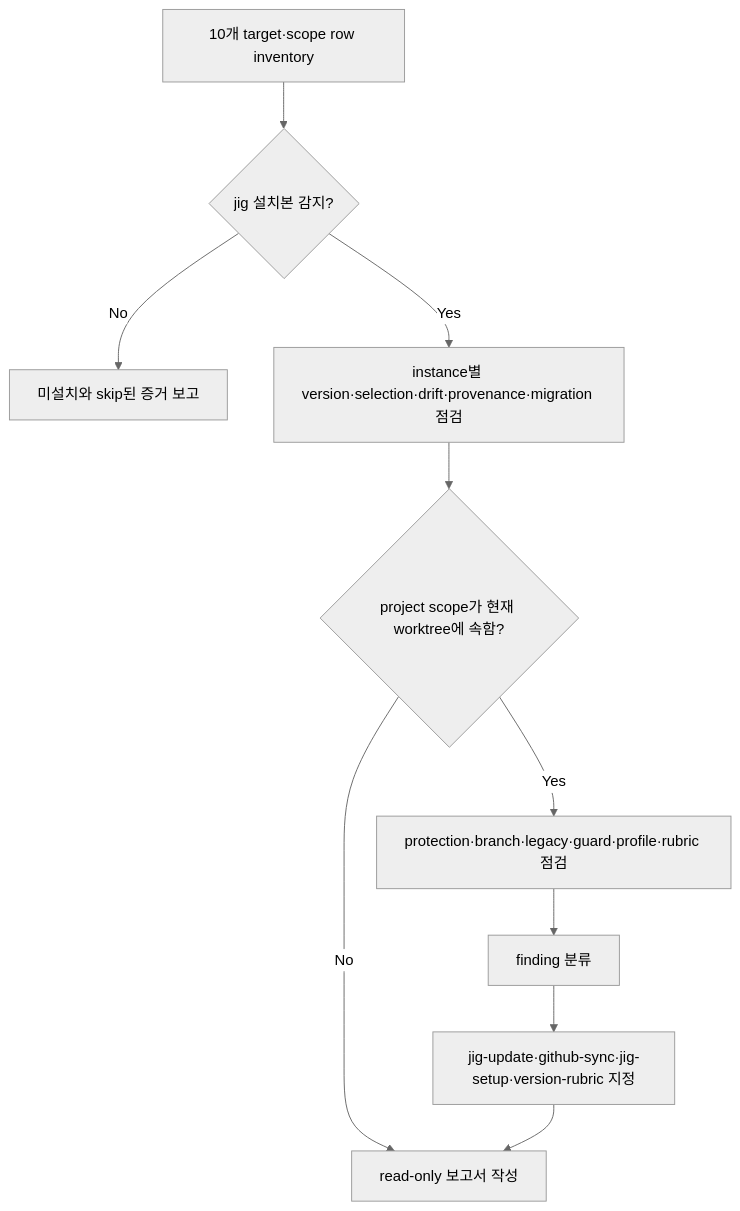
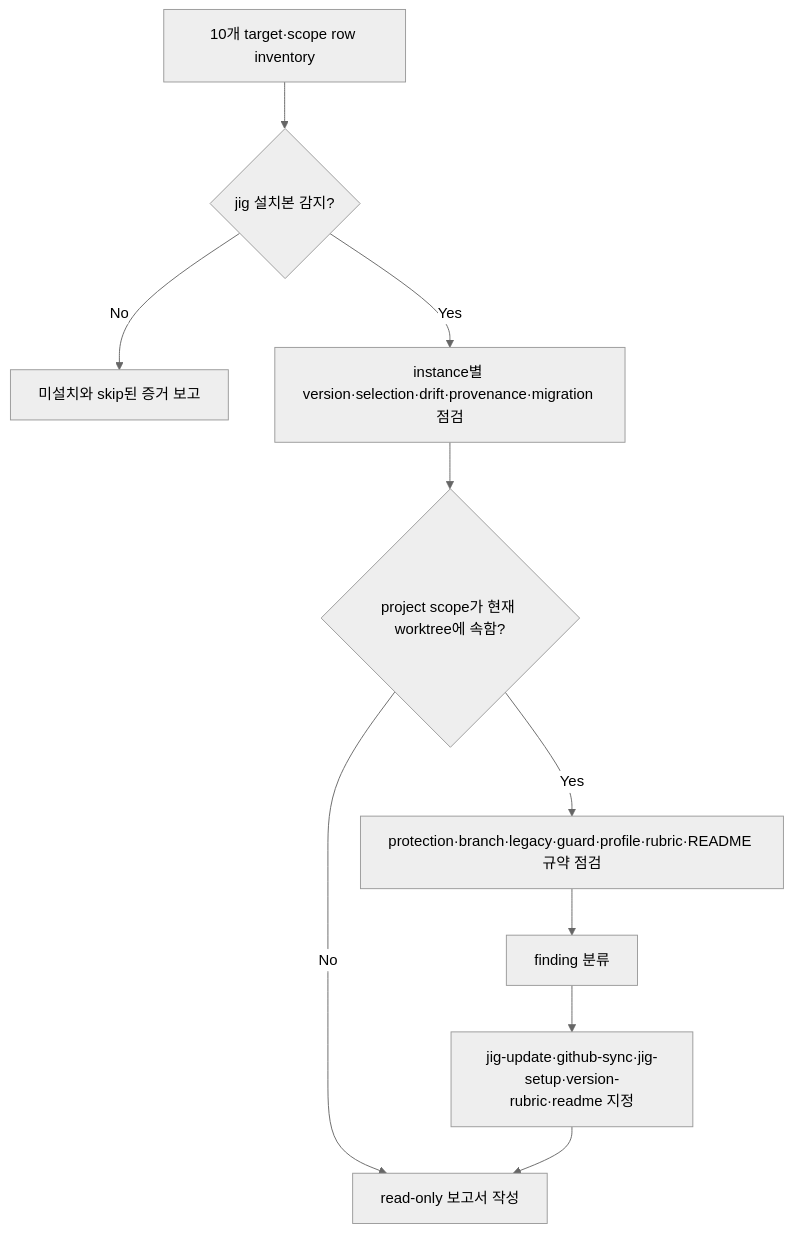
One commit to 0x0w1/jig changed the diagram in docs/ko/skills/jig-doctor.md. Above: the diagram before and after it, drawn with Mermaid (neutral theme). The commit also changed other lines of this file and 7 other files, not shown here.

````diff
--- a/docs/ko/skills/jig-doctor.md
+++ b/docs/ko/skills/jig-doctor.md
@@ -28,12 +28,12 @@
 ```mermaid
 flowchart TD
     Inventory[10개 target·scope row inventory] --> Instances{jig 설치본 감지?}
     Instances -- No --> ReportAbsent[미설치와 skip된 증거 보고]
     Instances -- Yes --> PerInstance[instance별 version·selection·drift·provenance·migration 점검]
     PerInstance --> Project{project scope가 현재 worktree에 속함?}
     Project -- No --> Report[read-only 보고서 작성]
-    Project -- Yes --> Repo[protection·branch·legacy·guard·profile·rubric 점검]
+    Project -- Yes --> Repo[protection·branch·legacy·guard·profile·rubric·README 규약 점검]
     Repo --> Classify[finding 분류]
-    Classify --> Delegate[jig-update·github-sync·jig-setup·version-rubric 지정]
+    Classify --> Delegate[jig-update·github-sync·jig-setup·version-rubric·readme 지정]
     Delegate --> Report
 ```
````
